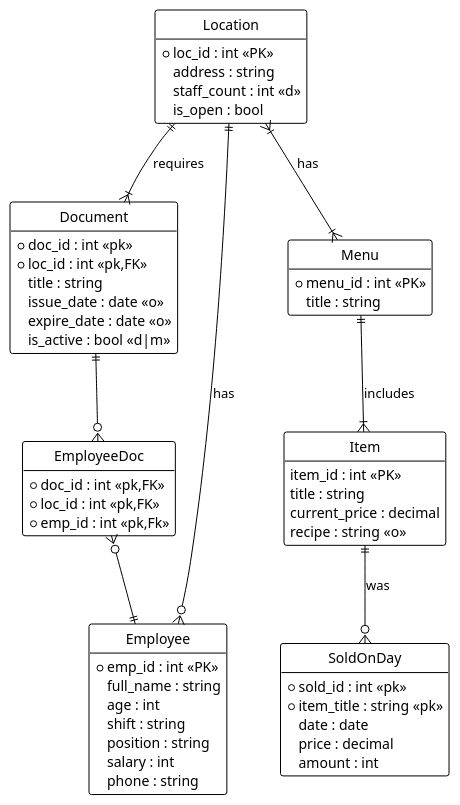
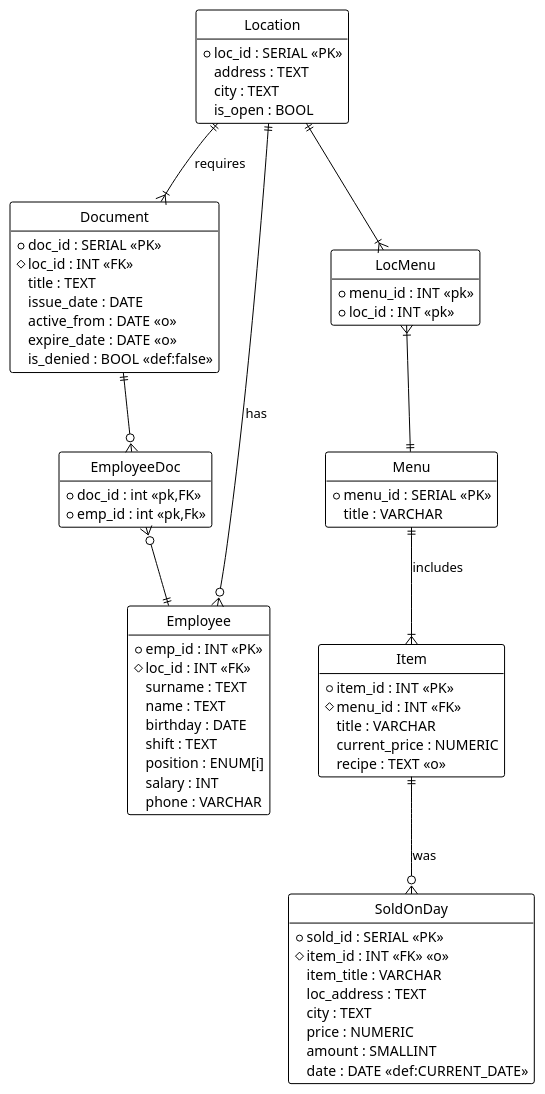
Before and after one commit to MihajloVat/DB2025: the diagram in lab2/er_crowsfoot.puml, drawn with PlantUML. The commit also changed 11 other files, not shown here.

```diff
--- a/lab2/er_crowsfoot.puml
+++ b/lab2/er_crowsfoot.puml
@@ -1,66 +1,78 @@
 @startuml
 !theme plain
 hide circle
 hide methods
 
 entity "Location" as loc {
-*loc_id : int <<PK>>
-address : string
-staff_count : int <<d>>
-is_open : bool
+*loc_id : SERIAL <<PK>>
+address : TEXT
+city : TEXT
+is_open : BOOL
 }
 
 entity "Document" as doc {
-*doc_id : int <<pk>>
-*loc_id : int <<pk,FK>>
-title : string
-issue_date : date <<o>>
-expire_date : date <<o>>
-is_active : bool <<d|m>>
+*doc_id : SERIAL <<PK>>
+#loc_id : INT <<FK>>
+title : TEXT
+issue_date : DATE
+active_from : DATE <<o>>
+expire_date : DATE <<o>>
+is_denied : BOOL <<def:false>>
 }
 
 entity "Employee" as emp {
-*emp_id : int <<PK>>
-full_name : string
-age : int
-shift : string
-position : string
-salary : int
-phone : string
+*emp_id : INT <<PK>>
+#loc_id : INT <<FK>>
+surname : TEXT
+name : TEXT
+birthday : DATE
+shift : TEXT
+position : ENUM[i]
+salary : INT
+phone : VARCHAR
 }
 
 entity "Menu" as menu {
-*menu_id : int <<PK>>
-title : string
+*menu_id : SERIAL <<PK>>
+title : VARCHAR
+}
+
+entity "LocMenu" as locMenu{
+*menu_id : INT <<pk>>
+*loc_id : INT <<pk>>
 }
 
 entity "Item" as item {
-item_id : int <<PK>>
-title : string
-current_price : decimal
-recipe : string <<o>>
+*item_id : INT <<PK>>
+#menu_id : INT <<FK>>
+title : VARCHAR
+current_price : NUMERIC
+recipe : TEXT <<o>>
 }
 
 entity "SoldOnDay" as sold {
-*sold_id : int <<pk>>
-*item_title : string <<pk>>
-date : date
-price : decimal
-amount : int
+*sold_id : SERIAL <<PK>>
+#item_id : INT <<FK>> <<o>>
+item_title : VARCHAR
+loc_address : TEXT
+city : TEXT
+price : NUMERIC
+amount : SMALLINT
+date : DATE <<def:CURRENT_DATE>>
 }
 
 entity "EmployeeDoc" as empDoc {
 *doc_id : int <<pk,FK>>
-*loc_id : int <<pk,FK>>
 *emp_id : int <<pk,Fk>>
 }
 
 loc ||--|{ doc : "requires"
-loc }|--|{ menu : "has"
+loc ||--|{ locMenu
+locMenu }|--|| menu
 loc ||--o{ emp : "has"
 menu ||--|{ item : "includes"
 item ||--o{ sold : "was"
 doc ||--o{ empDoc
 empDoc }o--|| emp
 
 @enduml
```
